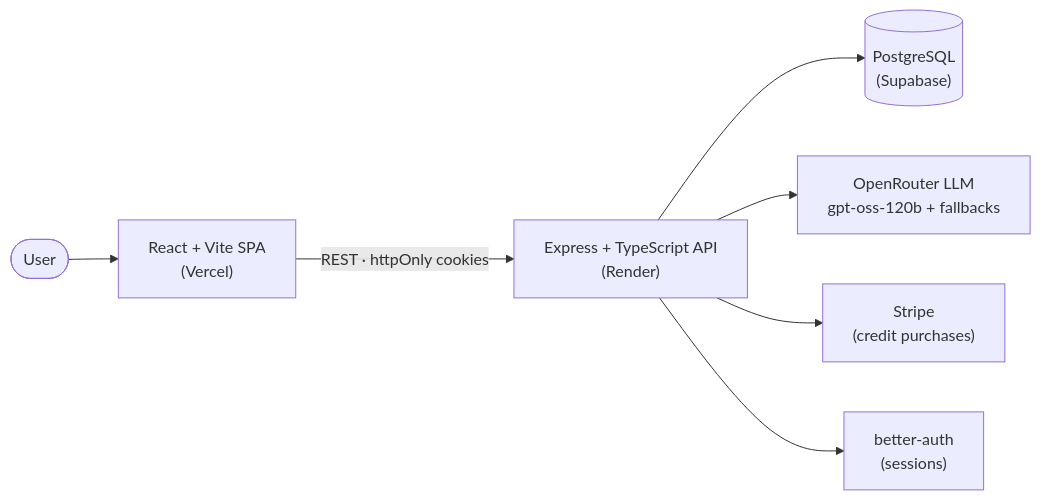
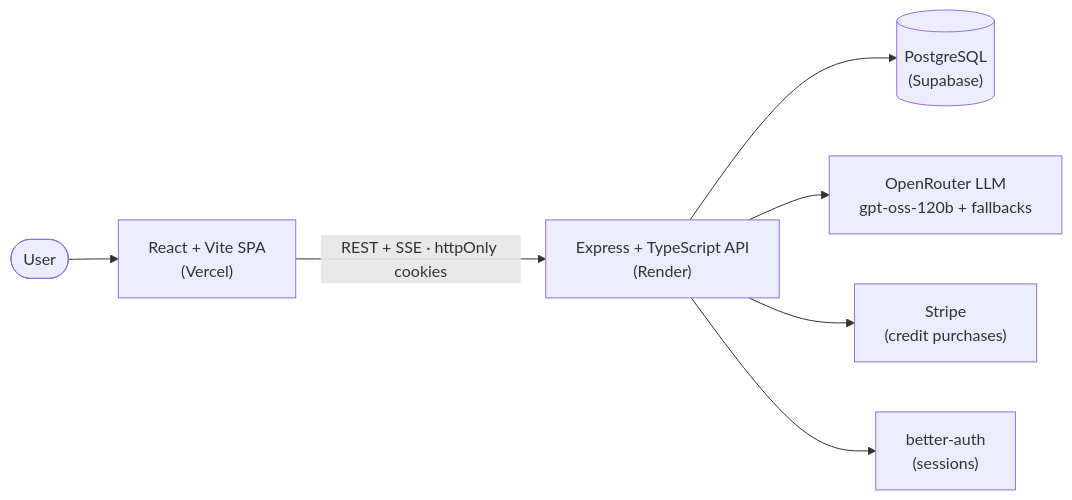
Before and after one commit to Prathamesh51-debug/GenSite: the first of 2 diagrams in README.md, drawn with Mermaid. The commit also changed other lines of this file and 2 other files, not shown here.

First line of the commit message:
docs: rewrite README and add architecture + scaling notes

````diff
--- a/README.md
+++ b/README.md
@@ -57,9 +46,9 @@
 ```mermaid
 flowchart LR
     U([User]) --> FE["React + Vite SPA<br/>(Vercel)"]
-    FE -->|"REST · httpOnly cookies"| API["Express + TypeScript API<br/>(Render)"]
+    FE -->|"REST + SSE · httpOnly cookies"| API["Express + TypeScript API<br/>(Render)"]
     API --> DB[("PostgreSQL<br/>(Supabase)")]
     API --> AI["OpenRouter LLM<br/>gpt-oss-120b + fallbacks"]
     API --> PAY["Stripe<br/>(credit purchases)"]
     API --> AUTH["better-auth<br/>(sessions)"]
 ```
````
